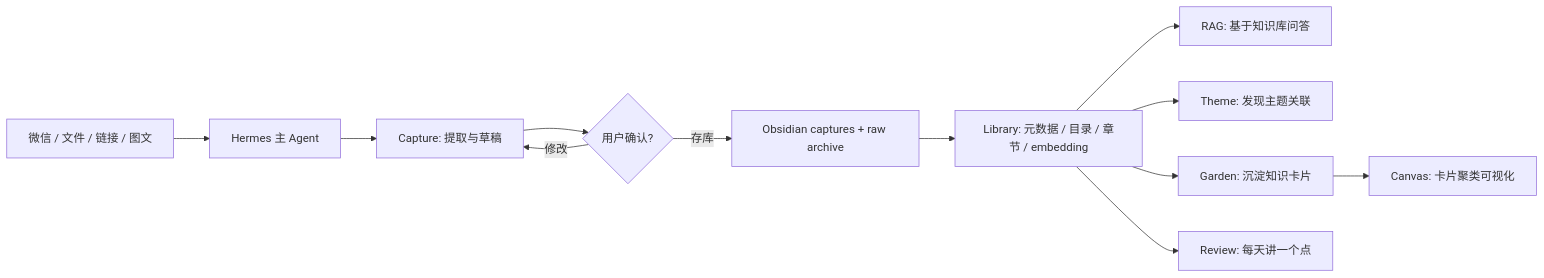
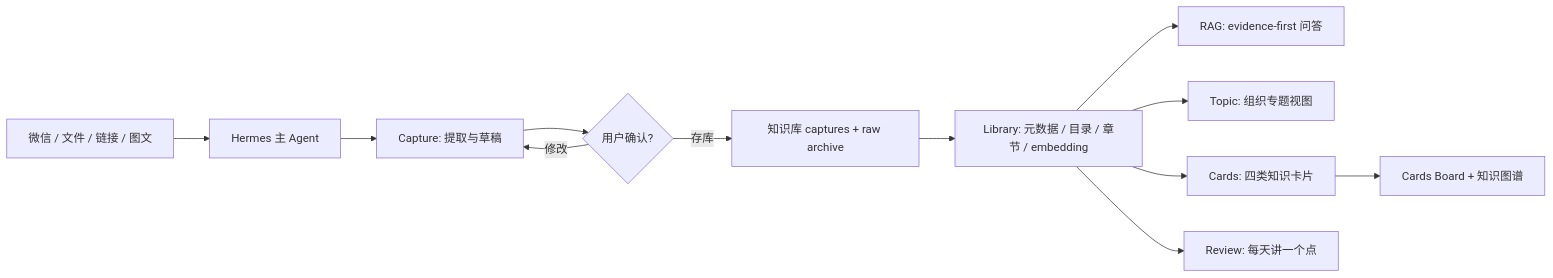
Before and after one commit to pipi-HST/hermes-custom: the diagram in docs/portfolio/hermes-knowledge-aipm-case-study.md, drawn with Mermaid. The commit also changed other lines of this file and 45 other files, not shown here.

First line of the commit message:
feat(knowledge): evidence-first retrieval, card vectors, and draft review

````diff
--- a/docs/portfolio/hermes-knowledge-aipm-case-study.md
+++ b/docs/portfolio/hermes-knowledge-aipm-case-study.md
@@ -47,14 +48,14 @@
 ```mermaid
 flowchart LR
     A["微信 / 文件 / 链接 / 图文"] --> B["Hermes 主 Agent"]
     B --> C["Capture: 提取与草稿"]
     C --> D{"用户确认?"}
     D -- "修改" --> C
-    D -- "存库" --> E["Obsidian captures + raw archive"]
+    D -- "存库" --> E["知识库 captures + raw archive"]
     E --> F["Library: 元数据 / 目录 / 章节 / embedding"]
-    F --> G["RAG: 基于知识库问答"]
-    F --> H["Theme: 发现主题关联"]
-    F --> I["Garden: 沉淀知识卡片"]
-    I --> J["Canvas: 卡片聚类可视化"]
+    F --> G["RAG: evidence-first 问答"]
+    F --> H["Topic: 组织专题视图"]
+    F --> I["Cards: 四类知识卡片"]
+    I --> J["Cards Board + 知识图谱"]
     F --> K["Review: 每天讲一个点"]
 ```
````
